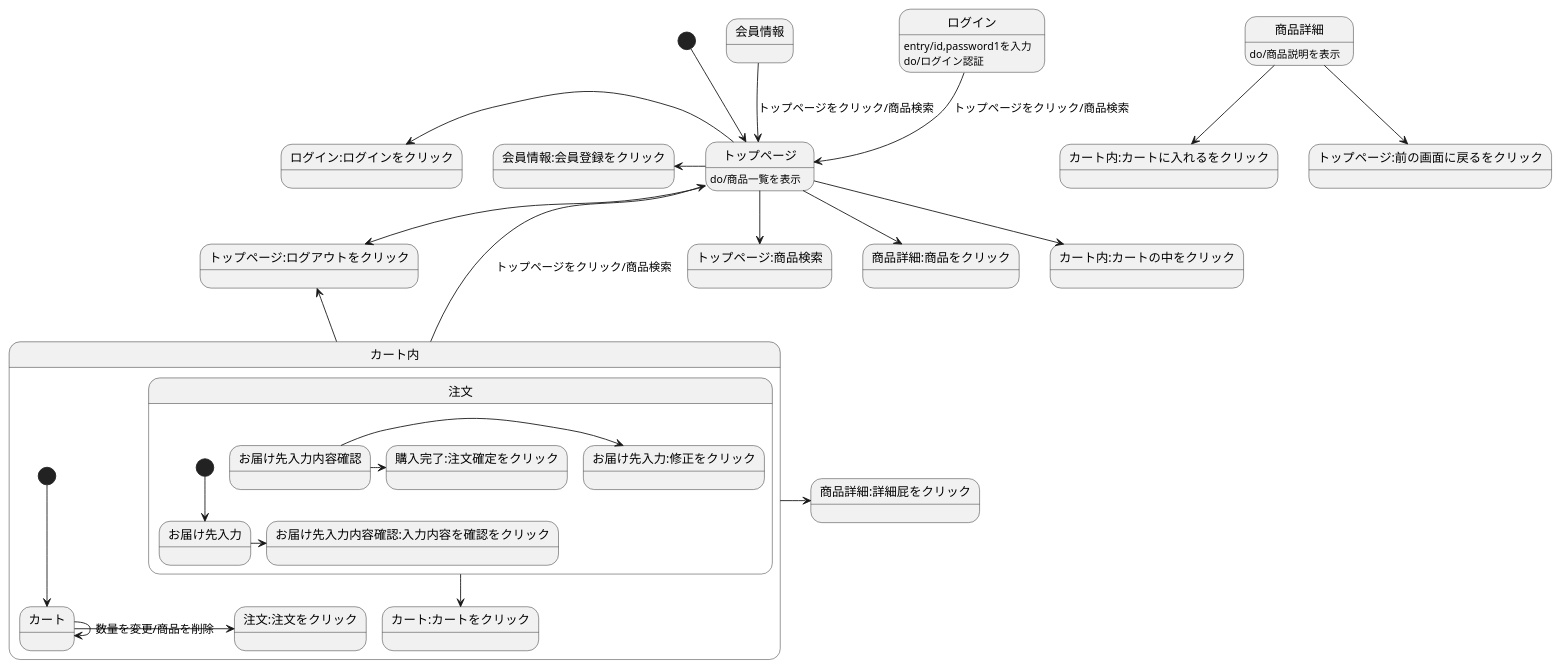
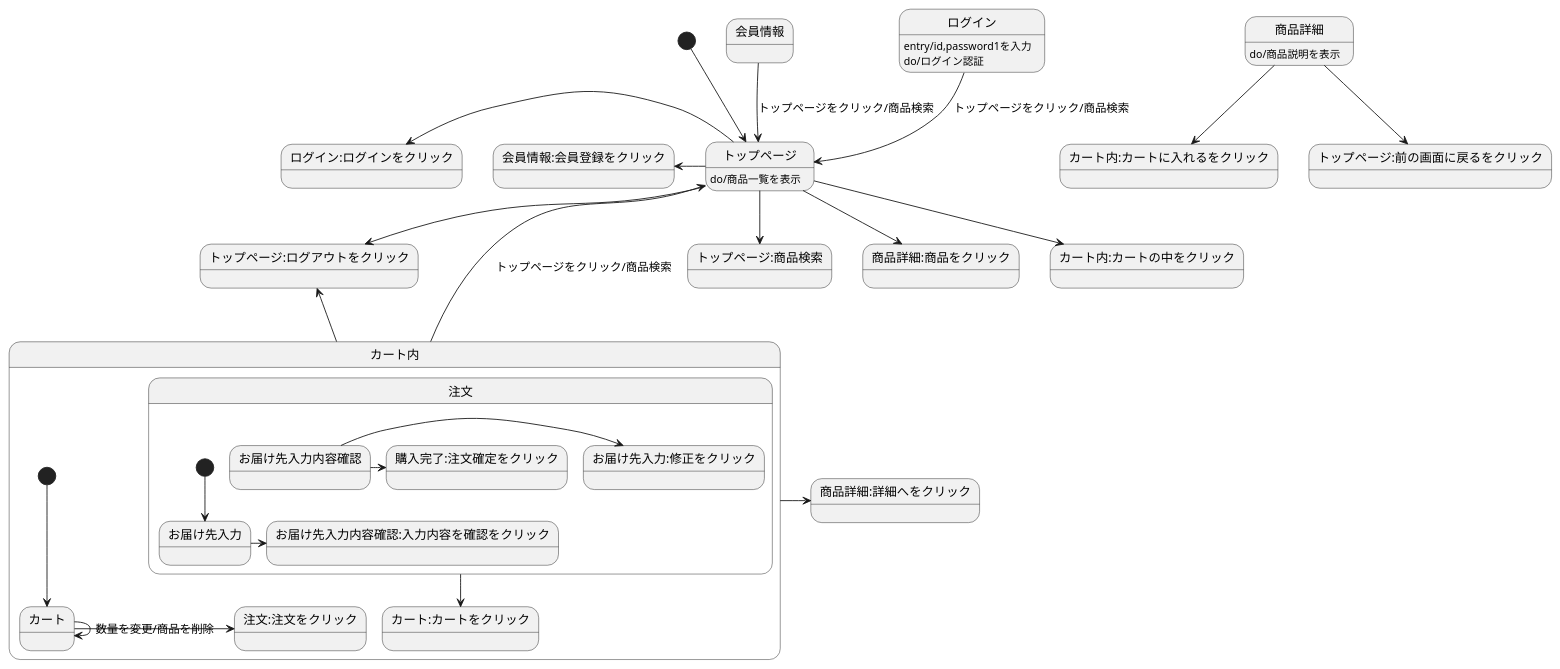
Before and after one commit to Aso2001224/2021sys-design: the diagram in 画面遷移図.md, drawn with PlantUML.

````diff
--- a/画面遷移図.md
+++ b/画面遷移図.md
@@ -1,35 +1,35 @@
 ```uml
 @startuml
 [*] --> トップページ
 会員情報--> トップページ:トップページをクリック/商品検索
 ログイン--> トップページ:トップページをクリック/商品検索
 ログイン:entry/id,password1を入力
 ログイン:do/ログイン認証
 トップページ-->トップページ:ログアウトをクリック
 トップページ-->トップページ:商品検索
 トップページ-->商品詳細:商品をクリック
 トップページ-left-> 会員情報:会員登録をクリック
 トップページ-left->ログイン:ログインをクリック
 トップページ-->カート内:カートの中をクリック
 トップページ:do/商品一覧を表示
 商品詳細-->カート内:カートに入れるをクリック
 商品詳細-->トップページ:前の画面に戻るをクリック
 商品詳細:do/商品説明を表示
 カート内-up->トップページ:トップページをクリック/商品検索
 カート内-up->トップページ:ログアウトをクリック
-カート内->商品詳細:詳細屁をクリック
+カート内->商品詳細:詳細へをクリック
 
 state カート内{
 [*]-->カート
 カート->注文:注文をクリック
 カート-> カート:数量を変更/商品を削除
 注文-->カート:カートをクリック
 state 注文{
 [*]-->お届け先入力
 お届け先入力->お届け先入力内容確認:入力内容を確認をクリック
 お届け先入力内容確認-> お届け先入力:修正をクリック
 お届け先入力内容確認->購入完了:注文確定をクリック
 }
 }
 @enduml
 ```
````
